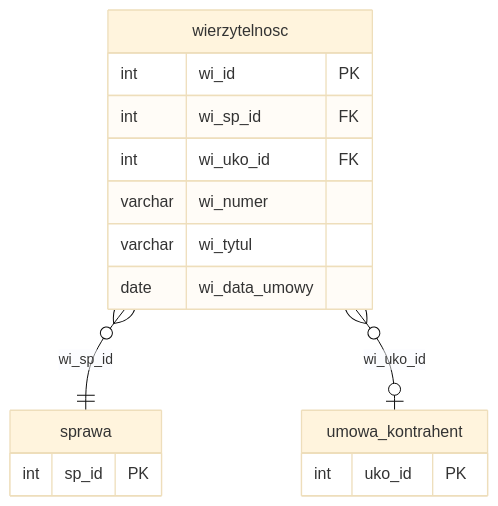
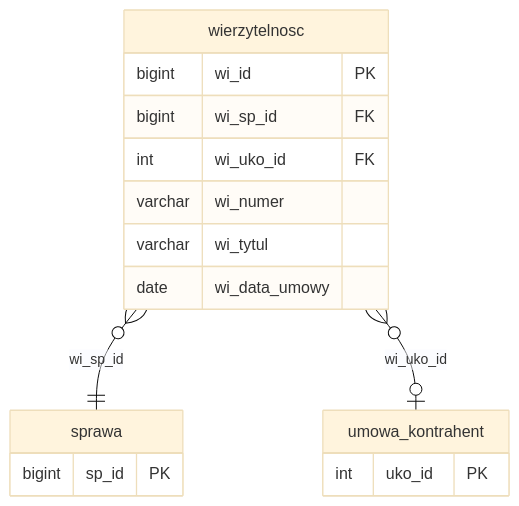
One commit to oskar-bialek-bakk/intrum-migration-docs changed the diagram in docs/struktura-stagingu/wierzytelnosci.md. Above: the diagram before and after it, drawn with Mermaid (base theme). The commit also changed other lines of this file and 12 other files, not shown here.

````diff
--- a/docs/struktura-stagingu/wierzytelnosci.md
+++ b/docs/struktura-stagingu/wierzytelnosci.md
@@ -22,22 +22,22 @@
 ```mermaid
 erDiagram
     sprawa {
-        int     sp_id    PK
+        bigint  sp_id    PK
     }
 
     umowa_kontrahent {
         int     uko_id    PK
     }
 
     wierzytelnosc {
-        int     wi_id           PK
-        int     wi_sp_id        FK
+        bigint  wi_id           PK
+        bigint  wi_sp_id        FK
         int     wi_uko_id       FK
         varchar wi_numer
         varchar wi_tytul
         date    wi_data_umowy
     }
 
     wierzytelnosc  }o--||  sprawa            : "wi_sp_id"
     wierzytelnosc  }o--o|  umowa_kontrahent  : "wi_uko_id"
 ```
````
